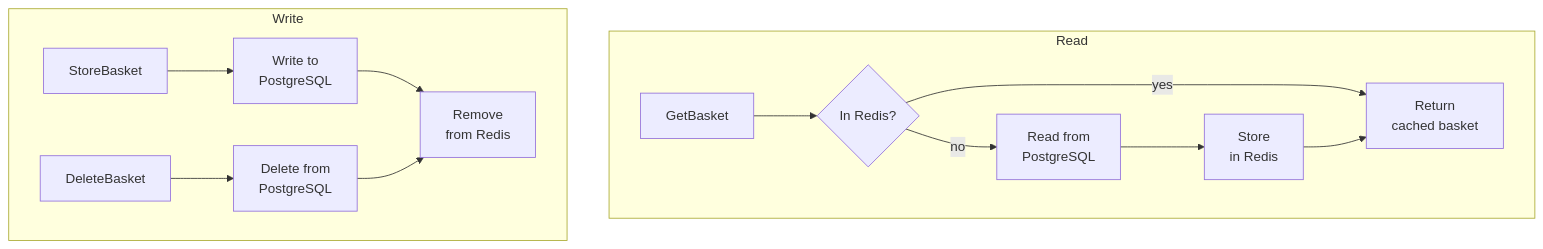
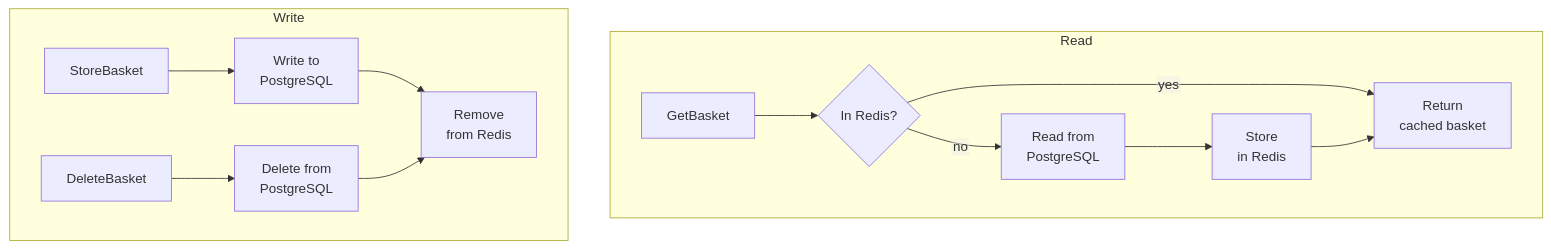
One commit to raselahmedit09/eshop-microservices-architecture changed the third of 4 diagrams in README.md. Above: the diagram before and after it, drawn with Mermaid. The commit also changed other lines of this file, not shown here.

Commit message:
Refactor README.md to improve flowchart formatting and enhance clarity in architecture descriptions

````diff
--- a/README.md
+++ b/README.md
@@ -101,17 +102,18 @@
 ```mermaid
+%%{init: {"flowchart": {"htmlLabels": false}}}%%
 flowchart TD
     subgraph read["Read"]
         get["GetBasket"] --> hit{"In Redis?"}
         hit -->|yes| ret["Return<br/>cached basket"]
         hit -->|no| pg["Read from<br/>PostgreSQL"]
         pg --> put["Store<br/>in Redis"]
         put --> ret
     end
 
     subgraph write["Write"]
         store["StoreBasket"] --> pgw["Write to<br/>PostgreSQL"]
         del["DeleteBasket"] --> pgd["Delete from<br/>PostgreSQL"]
         pgw --> rm["Remove<br/>from Redis"]
         pgd --> rm
     end
 ```
````
